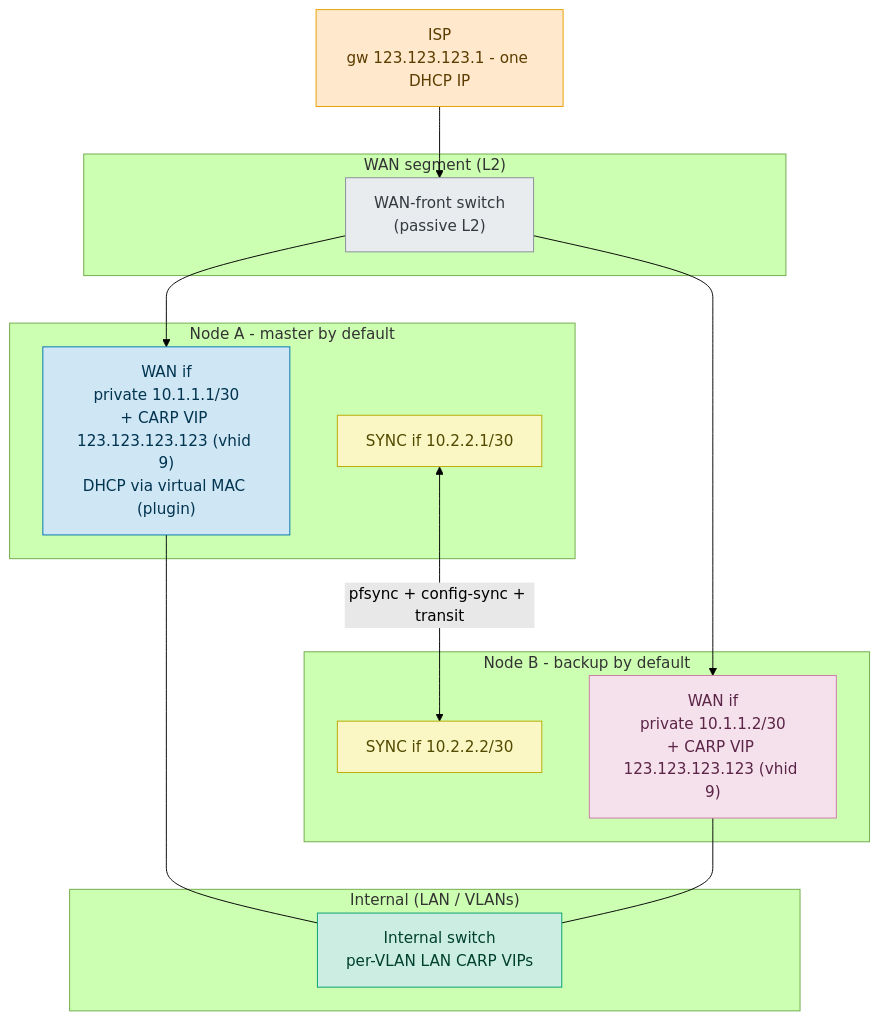
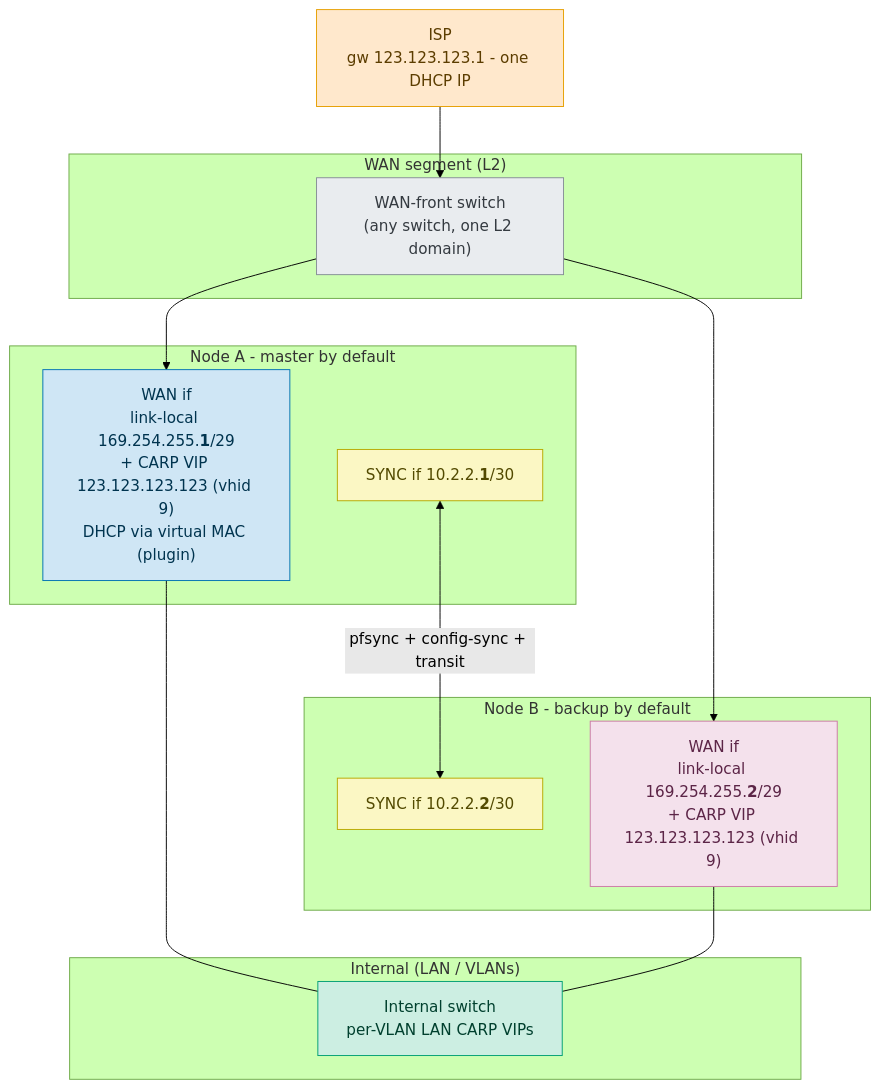
One commit to toreamun/opnsense-plugins changed the first of 3 diagrams in net/os-carp-vip-dhcp/docs/single-ip-wan-carp.md. Above: the diagram before and after it, drawn with Mermaid (forest theme). The commit also changed other lines of this file, not shown here.

First line of the commit message:
docs(os-carp-vip-dhcp): overhaul the single-IP-WAN-CARP guide

````diff
--- a/net/os-carp-vip-dhcp/docs/single-ip-wan-carp.md
+++ b/net/os-carp-vip-dhcp/docs/single-ip-wan-carp.md
@@ -125,42 +165,42 @@
 ```mermaid
 flowchart TB
     ISP["ISP<br/>gw 123.123.123.1 - one DHCP IP"]
 
     subgraph WANL2["WAN segment (L2)"]
-        WANSW["WAN-front switch<br/>(passive L2)"]
+        WANSW["WAN-front switch<br/>(any switch, one L2 domain)"]
     end
     ISP --> WANSW
 
     subgraph NA["Node A - master by default"]
-        AW["WAN if<br/>private 10.1.1.1/30<br/>+ CARP VIP 123.123.123.123 (vhid 9)<br/>DHCP via virtual MAC (plugin)"]
-        AS["SYNC if 10.2.2.1/30"]
+        AW["WAN if<br/>link-local 169.254.255.<b>1</b>/29<br/>+ CARP VIP 123.123.123.123 (vhid 9)<br/>DHCP via virtual MAC (plugin)"]
+        AS["SYNC if 10.2.2.<b>1</b>/30"]
     end
 
     subgraph NB["Node B - backup by default"]
-        BW["WAN if<br/>private 10.1.1.2/30<br/>+ CARP VIP 123.123.123.123 (vhid 9)"]
-        BS["SYNC if 10.2.2.2/30"]
+        BW["WAN if<br/>link-local 169.254.255.<b>2</b>/29<br/>+ CARP VIP 123.123.123.123 (vhid 9)"]
+        BS["SYNC if 10.2.2.<b>2</b>/30"]
     end
 
     WANSW --> AW
     WANSW --> BW
     AS <-->|"pfsync + config-sync + transit"| BS
 
     subgraph INT["Internal (LAN / VLANs)"]
         LANSW["Internal switch<br/>per-VLAN LAN CARP VIPs"]
     end
     AW --- LANSW
     BW --- LANSW
 
     classDef isp fill:#ffe8cc,stroke:#e69f00,color:#5c3d00
     classDef sw fill:#e9ecef,stroke:#868e96,color:#343a40
     classDef master fill:#cfe6f5,stroke:#0072b2,color:#00344f
     classDef backup fill:#f4e1ec,stroke:#cc79a7,color:#5c2547
     classDef sync fill:#fbf7c4,stroke:#b8a900,color:#524a00
     classDef internal fill:#cceee2,stroke:#009e73,color:#00402e
     class ISP isp
     class WANSW sw
     class AW master
     class BW backup
     class AS,BS sync
     class LANSW internal
 ```
````
